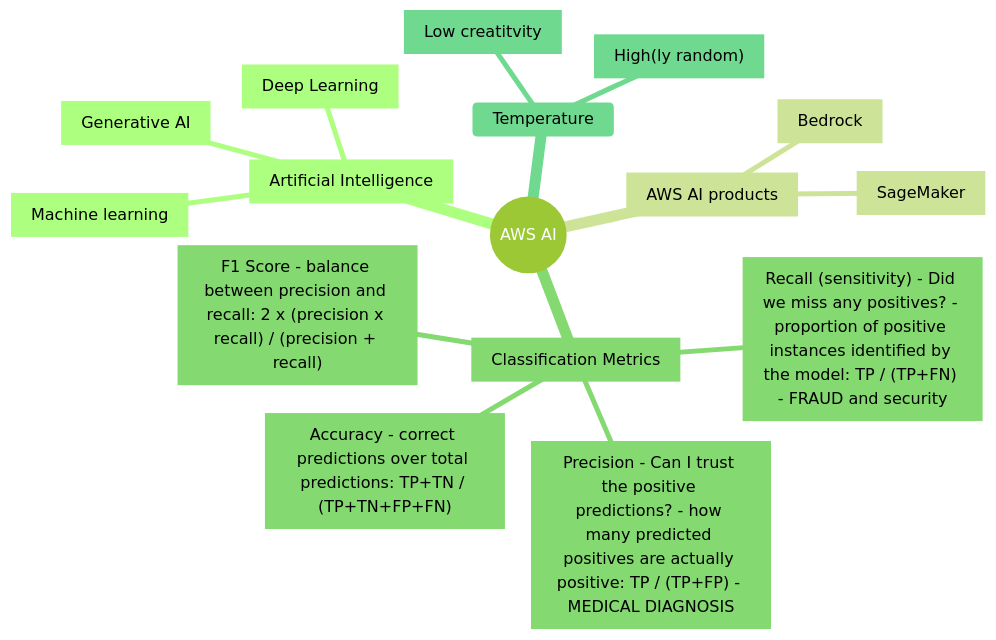
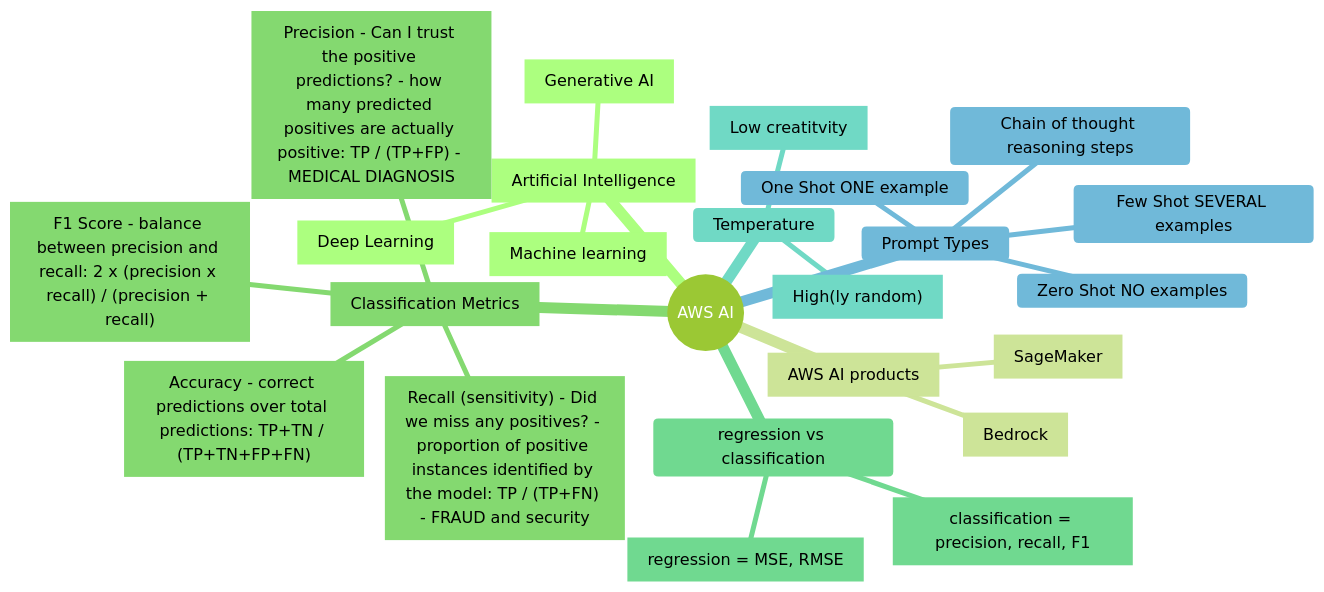
The diagram in aws-ai.md (gitstua/Mindmaps), drawn with Mermaid (forest theme) before and after one commit.

````diff
--- a/aws-ai.md
+++ b/aws-ai.md
@@ -5,19 +5,27 @@
 ```mermaid
 mindmap
   root(("AWS AI"))
     ai["Artificial Intelligence"]
       ml["Machine learning"]
       dl["Deep Learning"]
       genai["Generative AI"]
     products["AWS AI products"]
       bedrock["Bedrock"]
       sagemaker["SageMaker"]
     metrics["Classification Metrics"]
       accuracy["Accuracy - correct predictions over total predictions: TP+TN / (TP+TN+FP+FN)"]
       precision["Precision - Can I trust the positive predictions? - how many predicted positives are actually positive: TP / (TP+FP) - MEDICAL DIAGNOSIS"]
       recall["Recall (sensitivity) - Did we miss any positives? - proportion of positive instances identified by the model: TP / (TP+FN) - FRAUD and security"]
       f1["F1 Score - balance between precision and recall: 2 x (precision x recall) / (precision + recall)"]
+    regression vs classification
+      regression["regression = MSE, RMSE"]
+      classification["classification = precision, recall, F1"]
     Temperature
       high["High(ly random)"]
       low[Low creatitvity]
+    Prompt Types
+      Zero Shot NO examples
+      One Shot ONE example
+      Few Shot SEVERAL examples
+      Chain of thought reasoning steps
 ```
````
